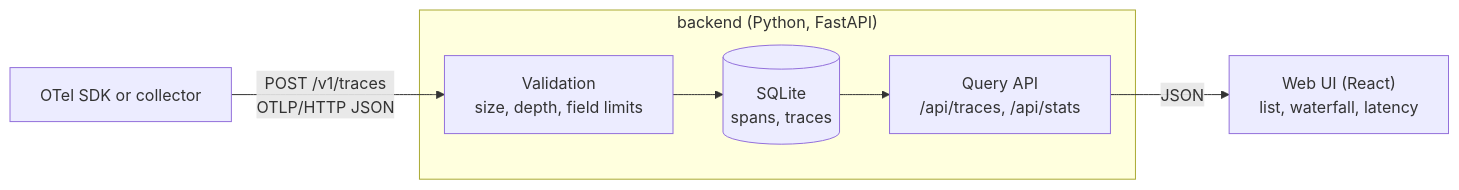
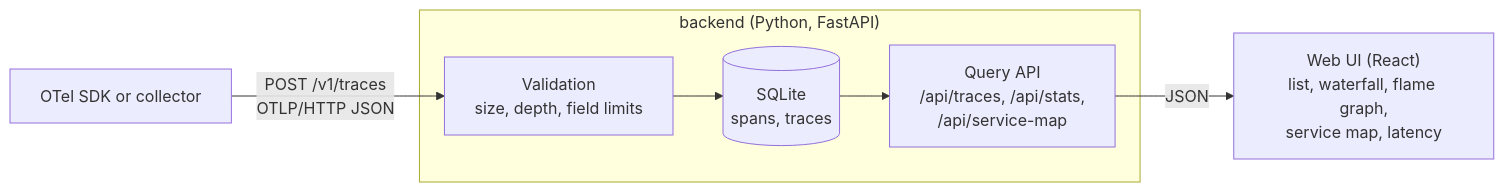
The diagram in README.md (xJDvm/trace-lens), drawn with Mermaid before and after one commit. The commit also changed other lines of this file and 2 other files, not shown here.

First line of the commit message:
docs: document service map and flame graph

````diff
--- a/README.md
+++ b/README.md
@@ -17,9 +24,9 @@
 ```mermaid
 flowchart LR
     SDK["OTel SDK or collector"] -->|"POST /v1/traces<br/>OTLP/HTTP JSON"| Ingest
     subgraph Backend ["backend (Python, FastAPI)"]
         Ingest["Validation<br/>size, depth, field limits"] --> Store[("SQLite<br/>spans, traces")]
-        Store --> API["Query API<br/>/api/traces, /api/stats"]
+        Store --> API["Query API<br/>/api/traces, /api/stats,<br/>/api/service-map"]
     end
-    API -->|"JSON"| UI["Web UI (React)<br/>list, waterfall, latency"]
+    API -->|"JSON"| UI["Web UI (React)<br/>list, waterfall, flame graph,<br/>service map, latency"]
 ```
````
